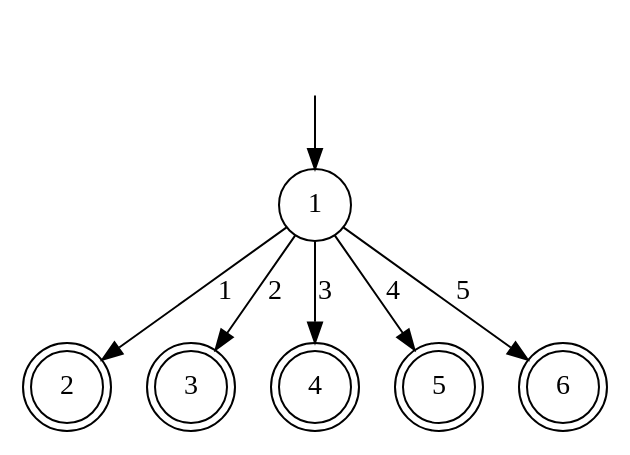
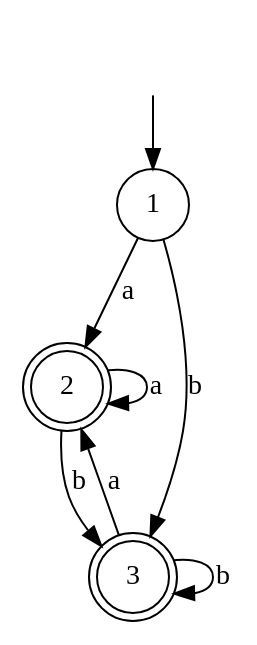
One commit to ihewro/qt-lexical-analyzer changed the diagram in dots/dfa.dot. Above: the diagram before and after it, drawn with Graphviz. The commit also changed 12 other files, not shown here.

```diff
--- a/dots/dfa.dot
+++ b/dots/dfa.dot
@@ -1,16 +1,14 @@
 digraph G{
     ""[shape=none]
     "1"[shape=circle]
     "2"[shape=doublecircle]
     "3"[shape=doublecircle]
-    "4"[shape=doublecircle]
-    "5"[shape=doublecircle]
-    "6"[shape=doublecircle]
 
     ""->"1"
-    "1" -> "2"[label="1"]
-    "1" -> "3"[label="2"]
-    "1" -> "4"[label="3"]
-    "1" -> "5"[label="4"]
-    "1" -> "6"[label="5"]
+    "1" -> "2"[label="a"]
+    "1" -> "3"[label="b"]
+    "2" -> "2"[label="a"]
+    "2" -> "3"[label="b"]
+    "3" -> "2"[label="a"]
+    "3" -> "3"[label="b"]
 }
```
